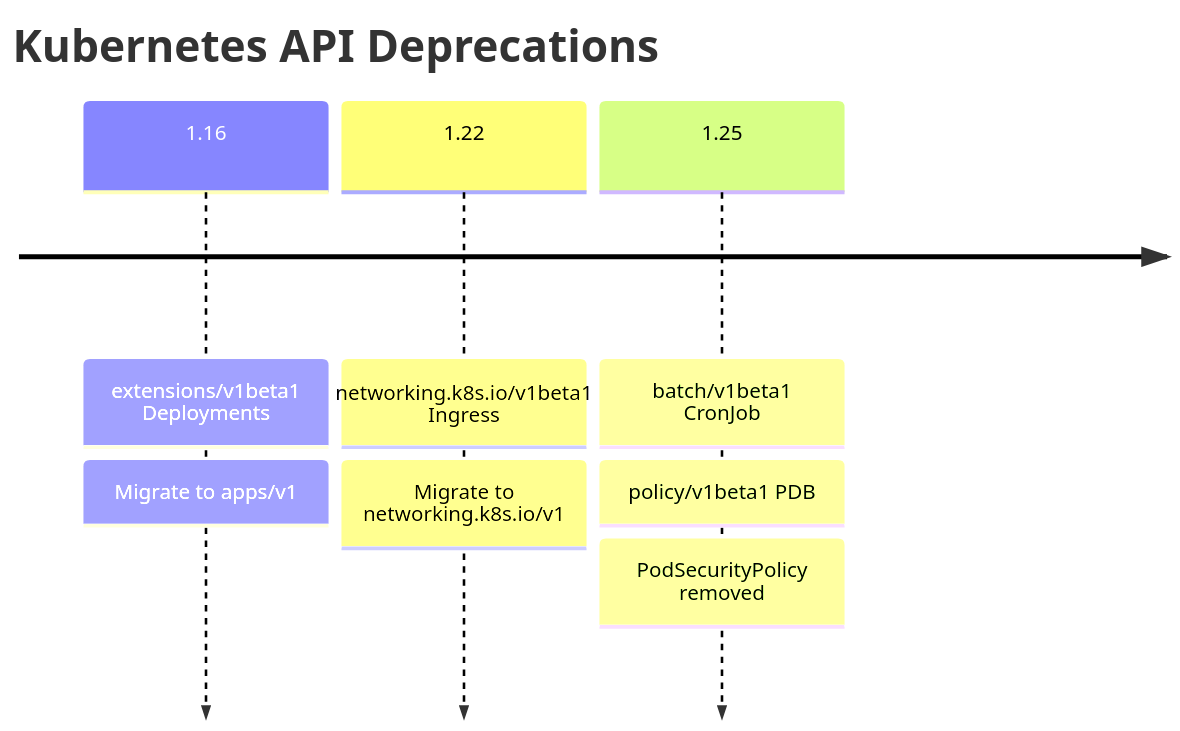
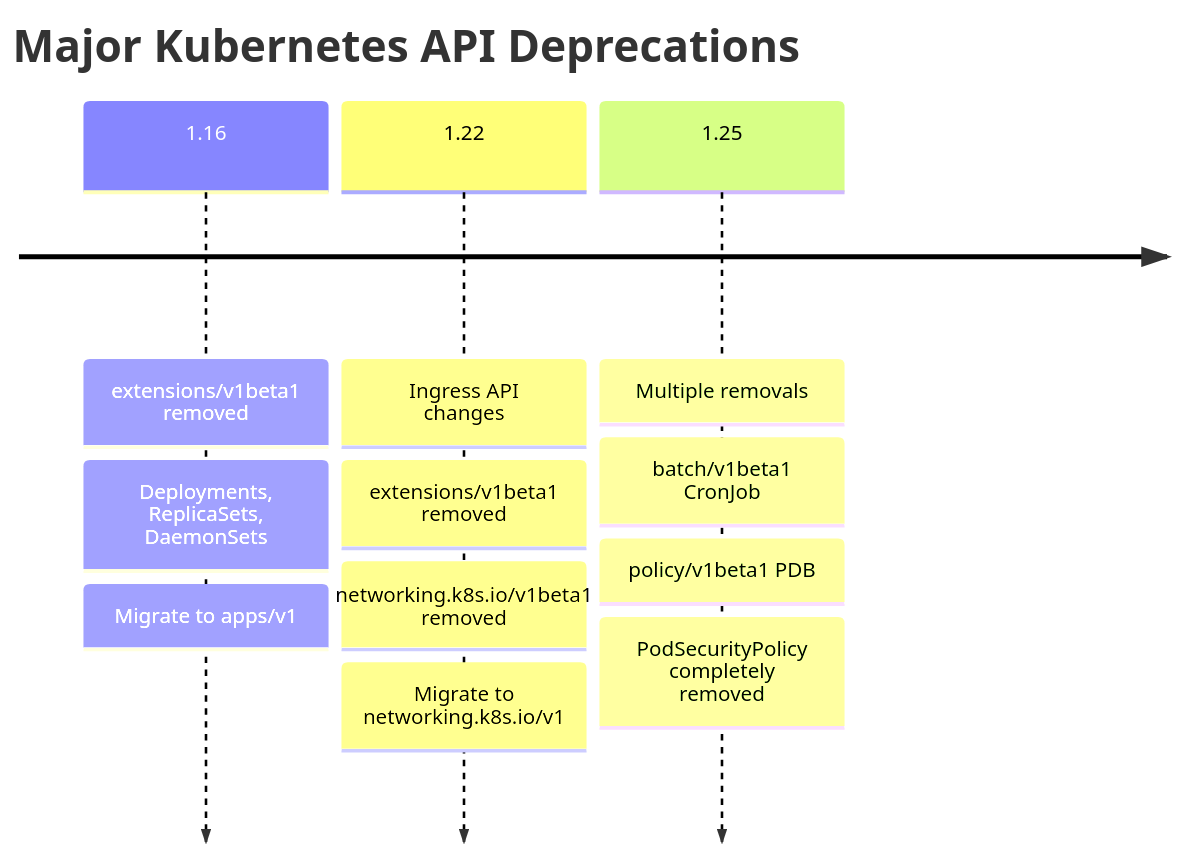
The fifth of 9 diagrams in slides/api-versions/slides.md (courselabs/kubernetes), drawn with Mermaid before and after one commit. The commit also changed other lines of this file and 7 other files, not shown here.

````diff
--- a/slides/api-versions/slides.md
+++ b/slides/api-versions/slides.md
@@ -176,11 +271,15 @@
 ```mermaid
 timeline
-    title Kubernetes API Deprecations
-    1.16 : extensions/v1beta1 Deployments
+    title Major Kubernetes API Deprecations
+    1.16 : extensions/v1beta1 removed
+         : Deployments, ReplicaSets, DaemonSets
          : Migrate to apps/v1
-    1.22 : networking.k8s.io/v1beta1 Ingress
+    1.22 : Ingress API changes
+         : extensions/v1beta1 removed
+         : networking.k8s.io/v1beta1 removed
          : Migrate to networking.k8s.io/v1
-    1.25 : batch/v1beta1 CronJob
+    1.25 : Multiple removals
+         : batch/v1beta1 CronJob
          : policy/v1beta1 PDB
-         : PodSecurityPolicy removed
+         : PodSecurityPolicy completely removed
 ```
````
